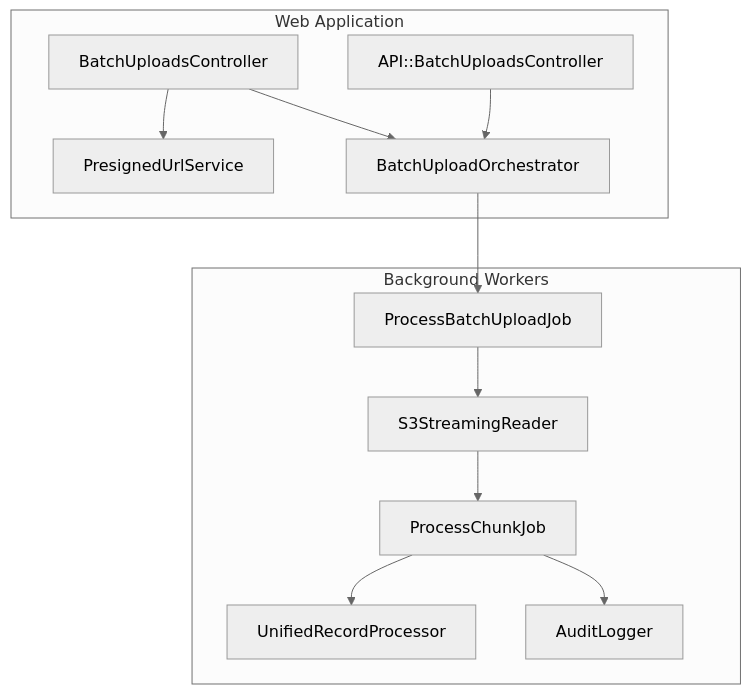
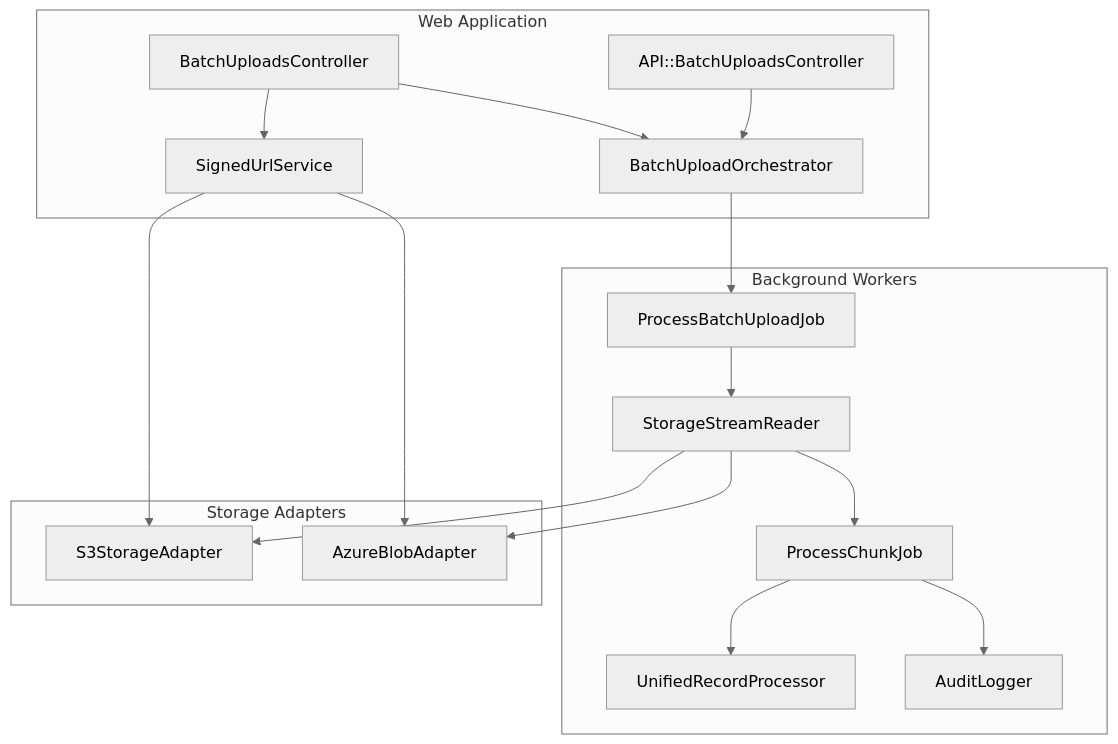
The fourth of 5 diagrams in docs/architecture/batch-upload/batch-upload.md (navapbc/oscer), drawn with Mermaid (neutral theme) before and after one commit. The commit also changed other lines of this file, not shown here.

````diff
--- a/docs/architecture/batch-upload/batch-upload.md
+++ b/docs/architecture/batch-upload/batch-upload.md
@@ -124,25 +135,32 @@
 ```mermaid
 flowchart TB
     subgraph web [Web Application]
         Controller[BatchUploadsController]
         APIController[API::BatchUploadsController]
-        PresignedUrlService[PresignedUrlService]
+        SignedUrlService[SignedUrlService]
         Orchestrator[BatchUploadOrchestrator]
     end
 
     subgraph workers [Background Workers]
         ProcessJob[ProcessBatchUploadJob]
         ChunkJob[ProcessChunkJob]
-        StreamReader[S3StreamingReader]
+        StreamReader[StorageStreamReader]
         Processor[UnifiedRecordProcessor]
         AuditLogger[AuditLogger]
     end
 
+    subgraph adapters [Storage Adapters]
+        S3Adapter[S3StorageAdapter]
+        AzureAdapter[AzureBlobAdapter]
+    end
+
     Controller & APIController --> Orchestrator
-    Controller --> PresignedUrlService
+    Controller --> SignedUrlService
+    SignedUrlService --> S3Adapter & AzureAdapter
     Orchestrator --> ProcessJob
     ProcessJob --> StreamReader
+    StreamReader --> S3Adapter & AzureAdapter
     StreamReader --> ChunkJob
     ChunkJob --> Processor
     ChunkJob --> AuditLogger
 ```
````
